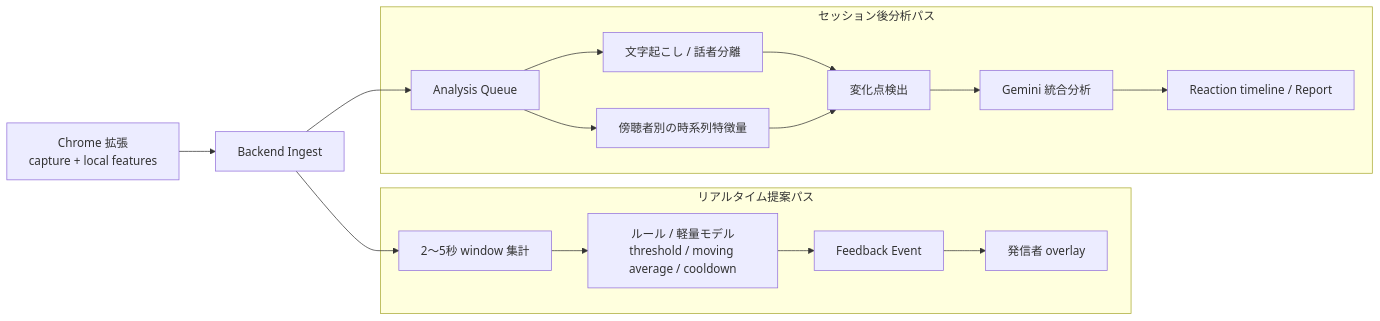
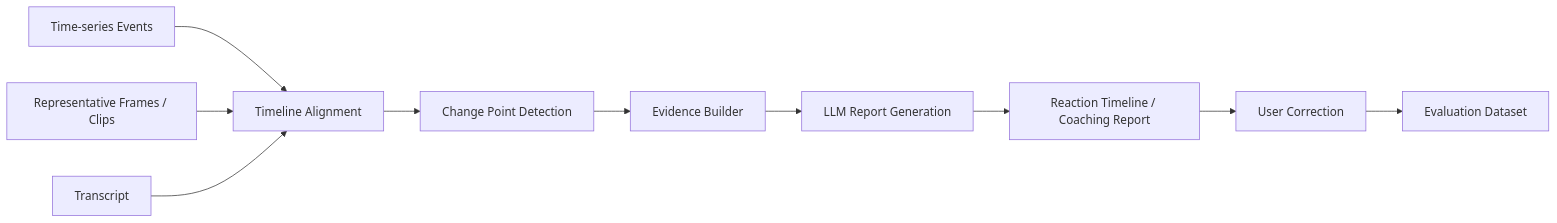
The fifth of 5 diagrams in plan/1st-plan.md (k-kanke/reaction-engine), drawn with Mermaid before and after one commit. The commit also changed other lines of this file, not shown here.

````diff
--- a/plan/1st-plan.md
+++ b/plan/1st-plan.md
@@ -87,35 +258,23 @@
 ```mermaid
 flowchart LR
-  capture["Chrome 拡張<br/>capture + local features"]
-  ingest["Backend Ingest"]
+  events["Time-series Events"]
+  media["Representative Frames / Clips"]
+  transcript["Transcript"]
+  align["Timeline Alignment"]
+  change["Change Point Detection"]
+  evidence["Evidence Builder"]
+  llm["LLM Report Generation"]
+  report["Reaction Timeline / Coaching Report"]
+  feedback["User Correction"]
+  eval["Evaluation Dataset"]
 
-  subgraph realtimePath["リアルタイム提案パス"]
-    shortWindow["2〜5秒 window 集計"]
-    rules["ルール / 軽量モデル<br/>threshold / moving average / cooldown"]
-    feedback["Feedback Event"]
-    overlay["発信者 overlay"]
-  end
-
-  subgraph analysisPath["セッション後分析パス"]
-    queue2["Analysis Queue"]
-    transcript["文字起こし / 話者分離"]
-    features["傍聴者別の時系列特徴量"]
-    cp["変化点検出"]
-    llm["Gemini 統合分析"]
-    report["Reaction timeline / Report"]
-  end
-
-  capture --> ingest
-  ingest --> shortWindow
-  shortWindow --> rules
-  rules --> feedback
-  feedback --> overlay
-
-  ingest --> queue2
-  queue2 --> transcript
-  queue2 --> features
-  transcript --> cp
-  features --> cp
-  cp --> llm
+  events --> align
+  media --> align
+  transcript --> align
+  align --> change
+  change --> evidence
+  evidence --> llm
   llm --> report
+  report --> feedback
+  feedback --> eval
 ```
````
